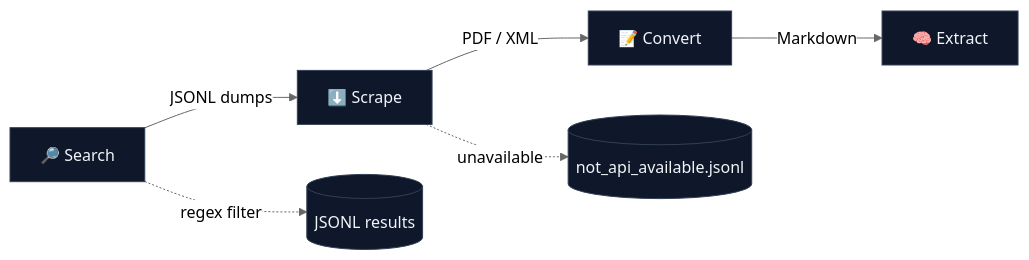
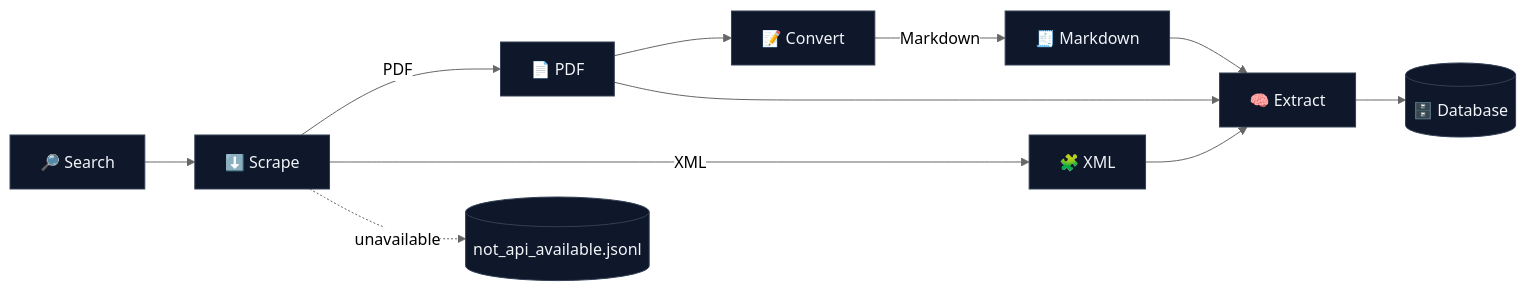
The diagram in README.md (MatthiasGolomb/SciPubCrawl), drawn with Mermaid before and after one commit.

Commit message:
Readme update

````diff
--- a/README.md
+++ b/README.md
@@ -15,13 +15,27 @@
 ```mermaid
 %%{init: { 'theme': 'neutral', 'themeVariables': { 'primaryColor': '#1e293b', 'primaryBorderColor':'#334155', 'primaryTextColor':'#f1f5f9', 'fontFamily': 'Inter, system-ui, sans-serif' } } }%%
 flowchart LR
-  A[🔎 Search] -->|JSONL dumps| B[⬇️ Scrape]
-  B -->|PDF / XML| C[📝 Convert]
-  C -->|Markdown| D[🧠 Extract]
+  A[🔎 Search] --> B[⬇️ Scrape]
 
-  A -. regex filter .-> A2[(JSONL results)]
+  %% Split artifacts produced by scraping
+  B -->|PDF| P[📄 PDF]
+  B -->|XML| X[🧩 XML]
+
+  %% Only PDF goes to Convert
+  P --> C[📝 Convert]
+  C -->|Markdown| M[🧾 Markdown]
+
+  %% Both XML and PDF feed into Extract (Markdown from Convert; PDFs can be used directly when suitable)
+  M --> D[🧠 Extract]
+  X --> D
+  P --> D
+
+  %% Final destination
+  D --> DB[(🗄️ Database)]
+
+  %% Info side node
   B -. unavailable .-> B2[(not_api_available.jsonl)]
 
   classDef node fill:#0f172a,stroke:#334155,color:#f1f5f9;
-  class A,B,C,D,A2,B2 node;
+  class A,B,P,X,C,M,D,DB,B2 node;
 ```
````
